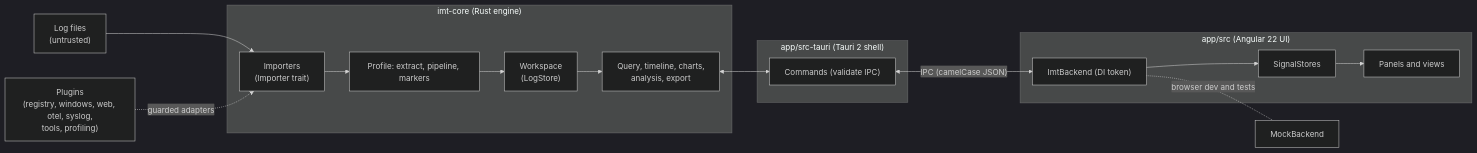
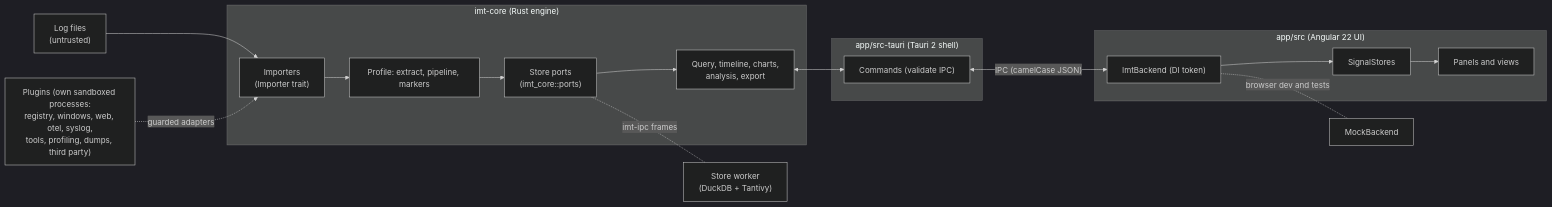
One commit to decryp7/integrated_maintenance_tool changed the diagram in docs/architecture.md. Above: the diagram before and after it, drawn with Mermaid (dark theme). The commit also changed other lines of this file and 49 other files, not shown here.

Commit message:
docs: refresh the documentation for the DuckDB store, mimalloc, plugin memory caps, the plugin SDK, research, vision, dumps and building; remove the store spike, the redesign plan, the design mockups and the backlog

````diff
--- a/docs/architecture.md
+++ b/docs/architecture.md
@@ -19,19 +24,20 @@
 ```mermaid
 flowchart LR
   files["Log files<br/>(untrusted)"] --> imp["Importers<br/>(Importer trait)"]
-  plugins["Plugins<br/>(registry, windows, web, otel, syslog,<br/>tools, profiling)"] -. "guarded adapters" .-> imp
+  plugins["Plugins (own sandboxed processes:<br/>registry, windows, web, otel, syslog,<br/>tools, profiling, dumps, third party)"] -. "guarded adapters" .-> imp
   subgraph core["imt-core (Rust engine)"]
     imp --> prof["Profile: extract, pipeline, markers"]
-    prof --> ws["Workspace<br/>(LogStore)"]
+    prof --> ws["Store ports<br/>(imt_core::ports)"]
     ws --> q["Query, timeline, charts,<br/>analysis, export"]
   end
+  ws -. "imt-ipc frames" .- worker["Store worker<br/>(DuckDB + Tantivy)"]
   subgraph shell["app/src-tauri (Tauri 2 shell)"]
     cmds["Commands (validate IPC)"]
   end
   subgraph ui["app/src (Angular 22 UI)"]
     be["ImtBackend (DI token)"] --> stores["SignalStores"] --> views["Panels and views"]
   end
   q <--> cmds
   cmds <-- "IPC (camelCase JSON)" --> be
   be -. "browser dev and tests" .- mock["MockBackend"]
 ```
````
